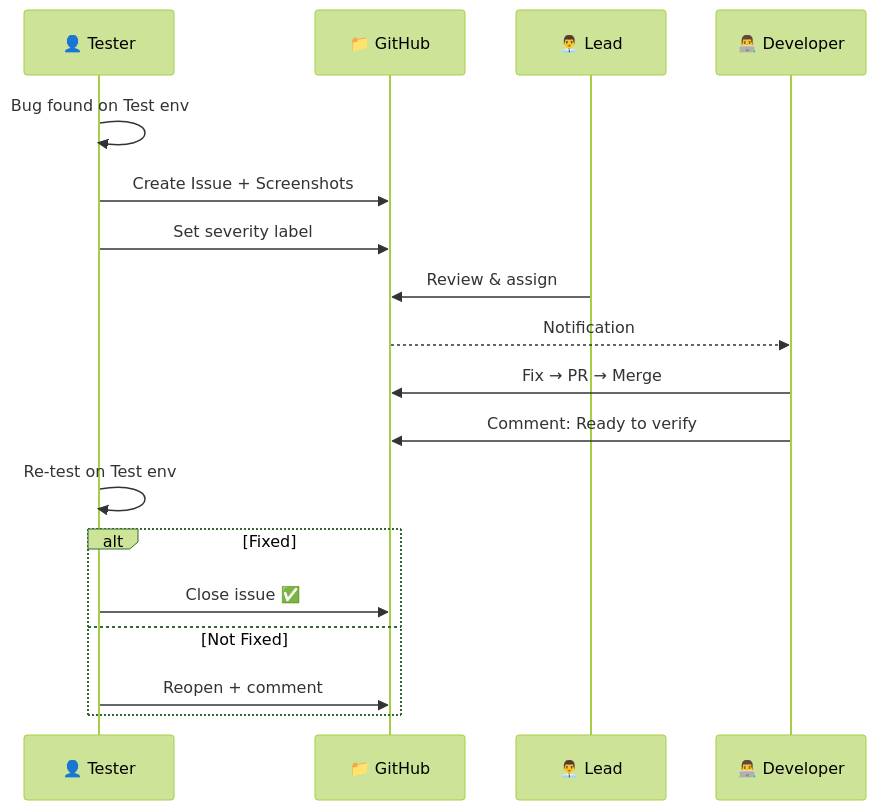
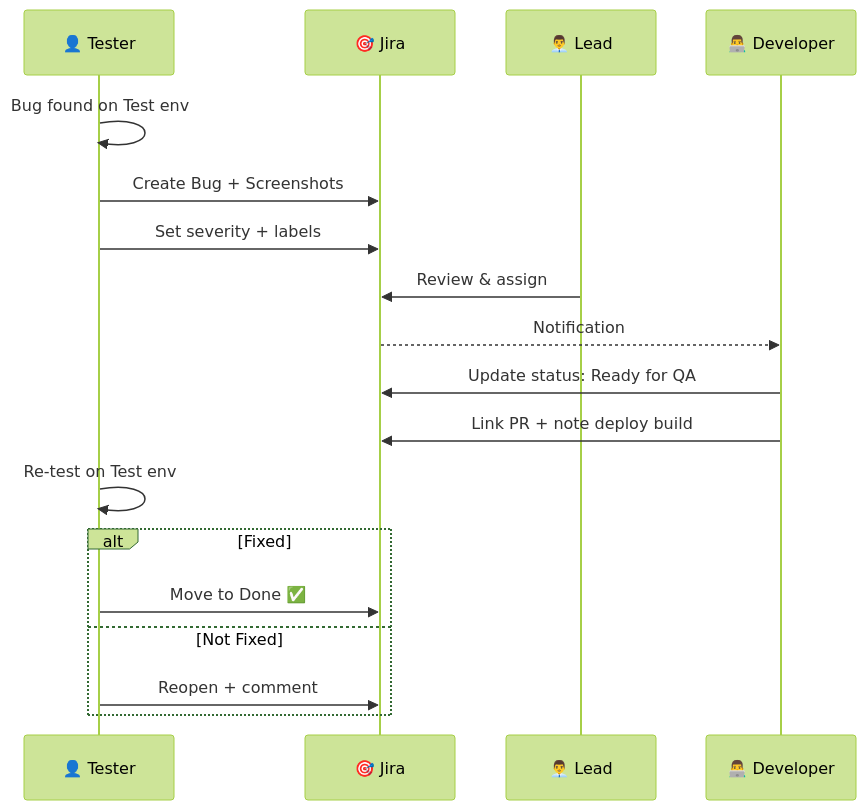
One commit to espresso23/Petties-Veterinary-Appointment-Booking-Platform changed the fourth of 4 diagrams in docs-references/testing/TESTING_STRATEGY.md. Above: the diagram before and after it, drawn with Mermaid (forest theme). The commit also changed 23 other files, not shown here.

````diff
--- a/docs-references/testing/TESTING_STRATEGY.md
+++ b/docs-references/testing/TESTING_STRATEGY.md
@@ -349,25 +349,25 @@
 ```mermaid
 sequenceDiagram
     participant T as 👤 Tester
-    participant GH as 📁 GitHub
+    participant J as 🎯 Jira
     participant TL as 👨‍💼 Lead
     participant D as 👨‍💻 Developer
     
     T->>T: Bug found on Test env
-    T->>GH: Create Issue + Screenshots
-    T->>GH: Set severity label
+    T->>J: Create Bug + Screenshots
+    T->>J: Set severity + labels
     
-    TL->>GH: Review & assign
-    GH-->>D: Notification
+    TL->>J: Review & assign
+    J-->>D: Notification
     
-    D->>GH: Fix → PR → Merge
-    D->>GH: Comment: Ready to verify
+    D->>J: Update status: Ready for QA
+    D->>J: Link PR + note deploy build
     
     T->>T: Re-test on Test env
     
     alt Fixed
-        T->>GH: Close issue ✅
+        T->>J: Move to Done ✅
     else Not Fixed
-        T->>GH: Reopen + comment
+        T->>J: Reopen + comment
     end
 ```
````
